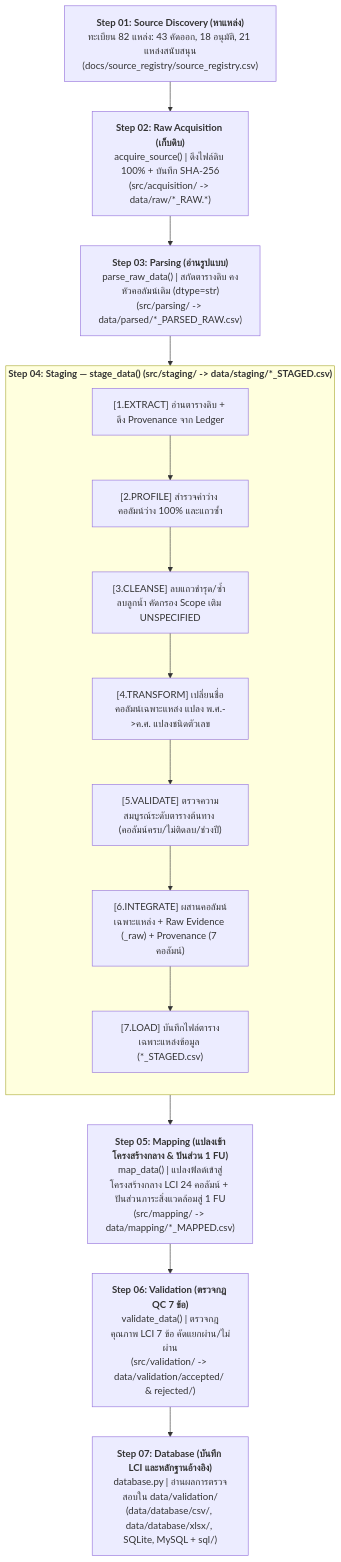
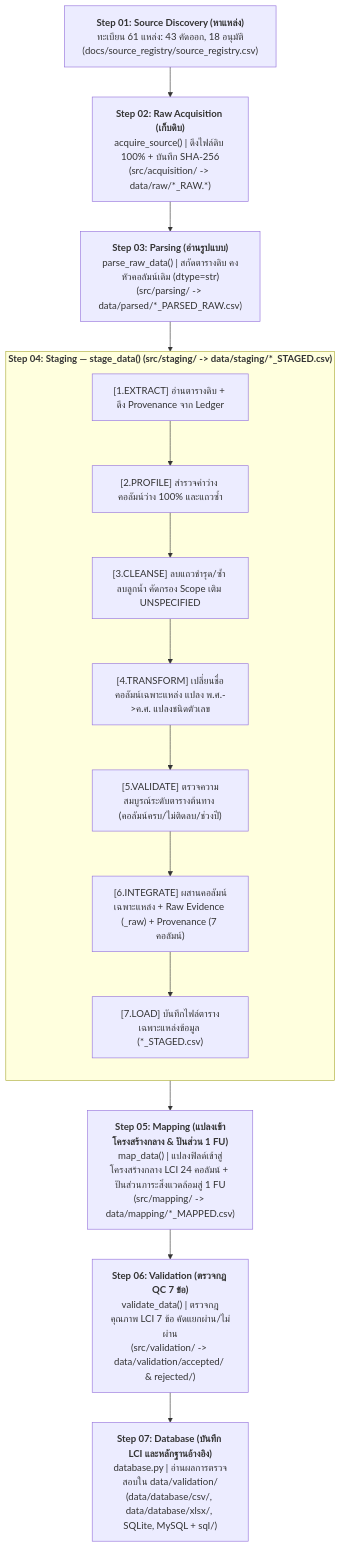
Before and after one commit to M77TH/CN230-S1-G02-MaRianDB: the diagram in README.md, drawn with Mermaid. The commit also changed other lines of this file and 5 other files, not shown here.

Commit message:
chore(registry): cap and sort source IDs through SRC-061

````diff
--- a/README.md
+++ b/README.md
@@ -29,25 +29,25 @@
 ```mermaid
 flowchart TD
-    S1["<b>Step 01: Source Discovery (หาแหล่ง)</b><br/>ทะเบียน 82 แหล่ง: 43 คัดออก, 18 อนุมัติ, 21 แหล่งสนับสนุน<br/>(docs/source_registry/source_registry.csv)"]
+    S1["<b>Step 01: Source Discovery (หาแหล่ง)</b><br/>ทะเบียน 61 แหล่ง: 43 คัดออก, 18 อนุมัติ<br/>(docs/source_registry/source_registry.csv)"]
     S2["<b>Step 02: Raw Acquisition (เก็บดิบ)</b><br/>acquire_source() | ดึงไฟล์ดิบ 100% + บันทึก SHA-256<br/>(src/acquisition/ -> data/raw/*_RAW.*)"]
     S3["<b>Step 03: Parsing (อ่านรูปแบบ)</b><br/>parse_raw_data() | สกัดตารางดิบ คงหัวคอลัมน์เดิม (dtype=str)<br/>(src/parsing/ -> data/parsed/*_PARSED_RAW.csv)"]
 
     subgraph S4["<b>Step 04: Staging — stage_data() (src/staging/ -> data/staging/*_STAGED.csv)</b>"]
         direction TB
         P1["[1.EXTRACT] อ่านตารางดิบ + ดึง Provenance จาก Ledger"]
         P2["[2.PROFILE] สำรวจค่าว่าง คอลัมน์ว่าง 100% และแถวซ้ำ"]
         P3["[3.CLEANSE] ลบแถวชำรุด/ซ้ำ ลบลูกน้ำ คัดกรอง Scope เติม UNSPECIFIED"]
         P4["[4.TRANSFORM] เปลี่ยนชื่อคอลัมน์เฉพาะแหล่ง แปลง พ.ศ.->ค.ศ. แปลงชนิดตัวเลข"]
         P5["[5.VALIDATE] ตรวจความสมบูรณ์ระดับตารางต้นทาง (คอลัมน์ครบ/ไม่ติดลบ/ช่วงปี)"]
         P6["[6.INTEGRATE] ผสานคอลัมน์เฉพาะแหล่ง + Raw Evidence (_raw) + Provenance (7 คอลัมน์)"]
         P7["[7.LOAD] บันทึกไฟล์ตารางเฉพาะแหล่งข้อมูล (*_STAGED.csv)"]
         P1 --> P2 --> P3 --> P4 --> P5 --> P6 --> P7
     end
 
     S5["<b>Step 05: Mapping (แปลงเข้าโครงสร้างกลาง & ปันส่วน 1 FU)</b><br/>map_data() | แปลงฟิลด์เข้าสู่โครงสร้างกลาง LCI 24 คอลัมน์ + ปันส่วนภาระสิ่งแวดล้อมสู่ 1 FU<br/>(src/mapping/ -> data/mapping/*_MAPPED.csv)"]
     S6["<b>Step 06: Validation (ตรวจกฎ QC 7 ข้อ)</b><br/>validate_data() | ตรวจกฎคุณภาพ LCI 7 ข้อ คัดแยกผ่าน/ไม่ผ่าน<br/>(src/validation/ -> data/validation/accepted/ & rejected/)"]
     
     S7["<b>Step 07: Database (บันทึก LCI และหลักฐานอ้างอิง)</b><br/>database.py | อ่านผลการตรวจสอบใน data/validation/<br/>(data/database/csv/, data/database/xlsx/, SQLite, MySQL + sql/)"]
 
     S1 --> S2 --> S3 --> S4 --> S5 --> S6 --> S7
 ```
````
